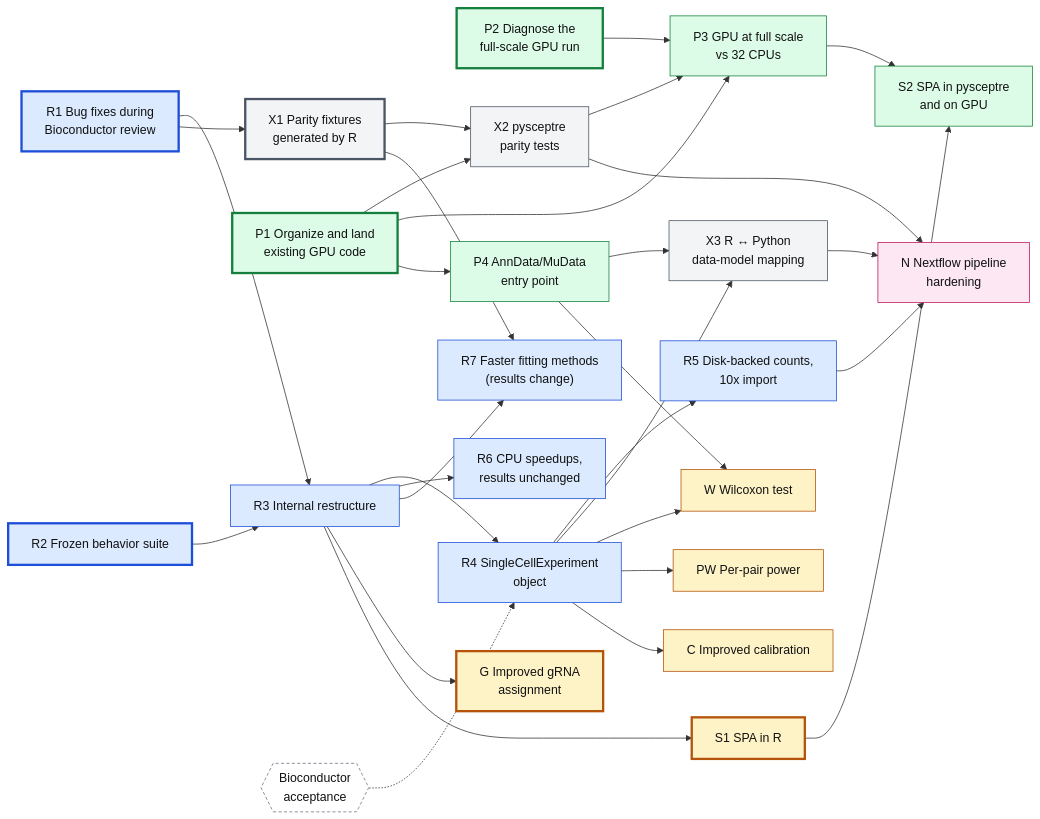
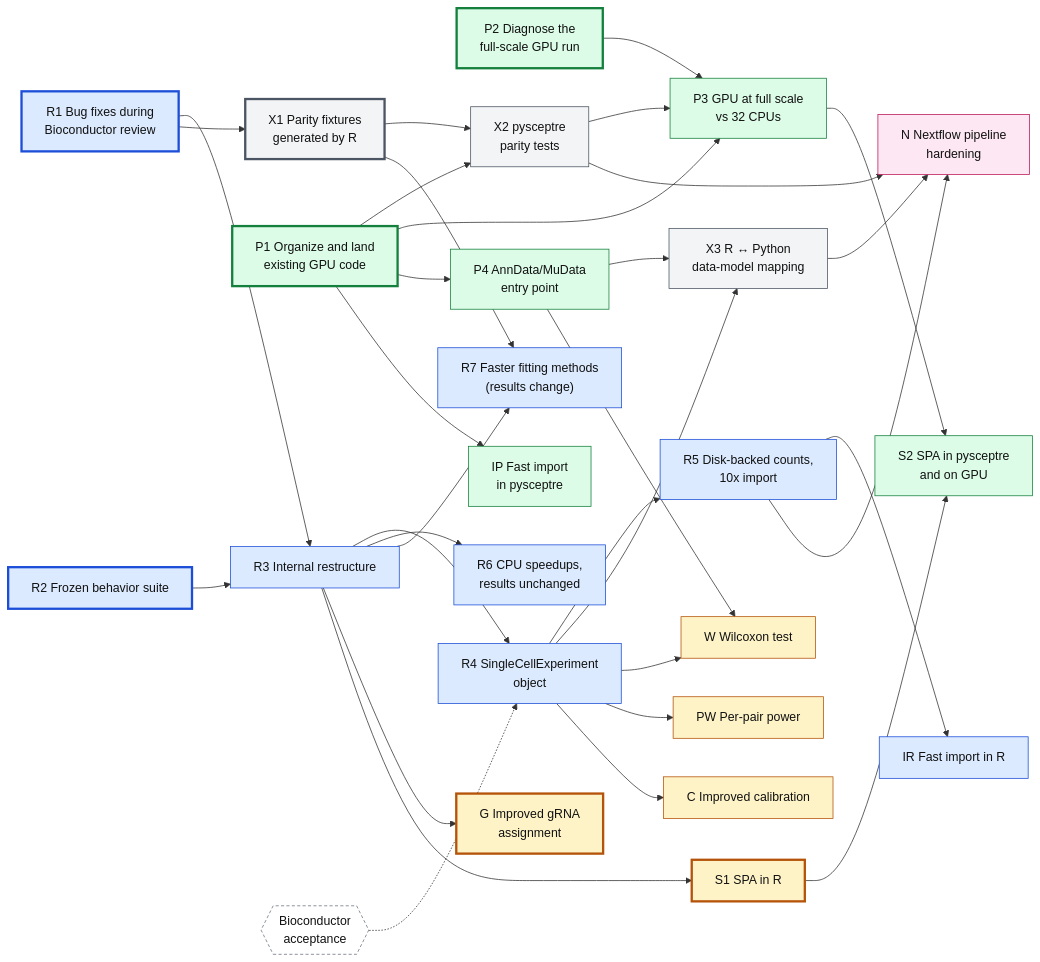
The diagram in ROADMAP.md (Katsevich-Lab/sceptre-hub), drawn with Mermaid before and after one commit. The commit also changed other lines of this file, not shown here.

Commit message:
Add fast import for R and pysceptre to the roadmap
The redesigned converter prototyped during development imported the
full Replogle screen in about 5 minutes on two CPU threads, against
about 43 minutes for the current R importer. Plan to rebuild its
techniques natively in R and to host the converter in pysceptre.

````diff
--- a/ROADMAP.md
+++ b/ROADMAP.md
@@ -14,63 +14,67 @@
 ```mermaid
 flowchart LR
   R1["R1 Bug fixes during<br/>Bioconductor review"]:::r
   R2["R2 Frozen behavior suite"]:::r
   X1["X1 Parity fixtures<br/>generated by R"]:::shared
   P1["P1 Organize and land<br/>existing GPU code"]:::py
   P2["P2 Diagnose the<br/>full-scale GPU run"]:::py
   R3["R3 Internal restructure"]:::r
   X2["X2 pysceptre<br/>parity tests"]:::shared
   P4["P4 AnnData/MuData<br/>entry point"]:::py
   P3["P3 GPU at full scale<br/>vs 32 CPUs"]:::py
   R4["R4 SingleCellExperiment<br/>object"]:::r
   R6["R6 CPU speedups,<br/>results unchanged"]:::r
   R7["R7 Faster fitting methods<br/>(results change)"]:::r
   G["G Improved gRNA<br/>assignment"]:::method
   S1["S1 SPA in R"]:::method
   R5["R5 Disk-backed counts,<br/>10x import"]:::r
+  IR["IR Fast import in R"]:::r
+  IP["IP Fast import<br/>in pysceptre"]:::py
   X3["X3 R ↔ Python<br/>data-model mapping"]:::shared
   S2["S2 SPA in pysceptre<br/>and on GPU"]:::py
   W["W Wilcoxon test"]:::method
   PW["PW Per-pair power"]:::method
   C["C Improved calibration"]:::method
   N["N Nextflow pipeline<br/>hardening"]:::nf
   BA{{"Bioconductor<br/>acceptance"}}:::gate
 
   R1 --> R3
   R2 --> R3
   R1 --> X1
   X1 --> X2
   P1 --> X2
   P1 --> P3
   P2 --> P3
   X2 --> P3
   P1 --> P4
   R3 --> R4
   BA -.-> R4
   R4 --> R5
+  R5 --> IR
+  P1 --> IP
   R3 --> R6
   R3 --> R7
   X1 --> R7
   R3 --> G
   R3 --> S1
   S1 --> S2
   P3 --> S2
   R4 --> X3
   P4 --> X3
   R4 --> W
   P4 --> W
   R4 --> PW
   R4 --> C
   R5 --> N
   X2 --> N
   X3 --> N
 
   classDef r fill:#dbeafe,stroke:#1d4ed8,color:#111
   classDef py fill:#dcfce7,stroke:#15803d,color:#111
   classDef shared fill:#f3f4f6,stroke:#4b5563,color:#111
   classDef method fill:#fef3c7,stroke:#b45309,color:#111
   classDef nf fill:#fce7f3,stroke:#be185d,color:#111
   classDef gate fill:#fff,stroke:#6b7280,stroke-dasharray:4 3,color:#111
   classDef now stroke-width:3px
   class R1,R2,X1,P1,P2,G,S1 now
 ```
````
